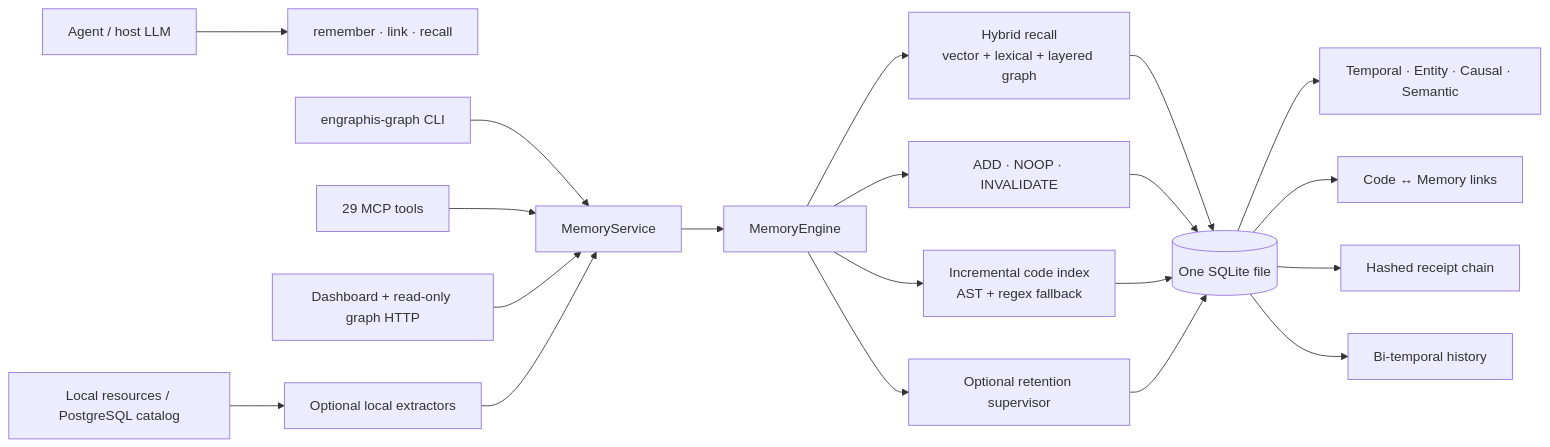
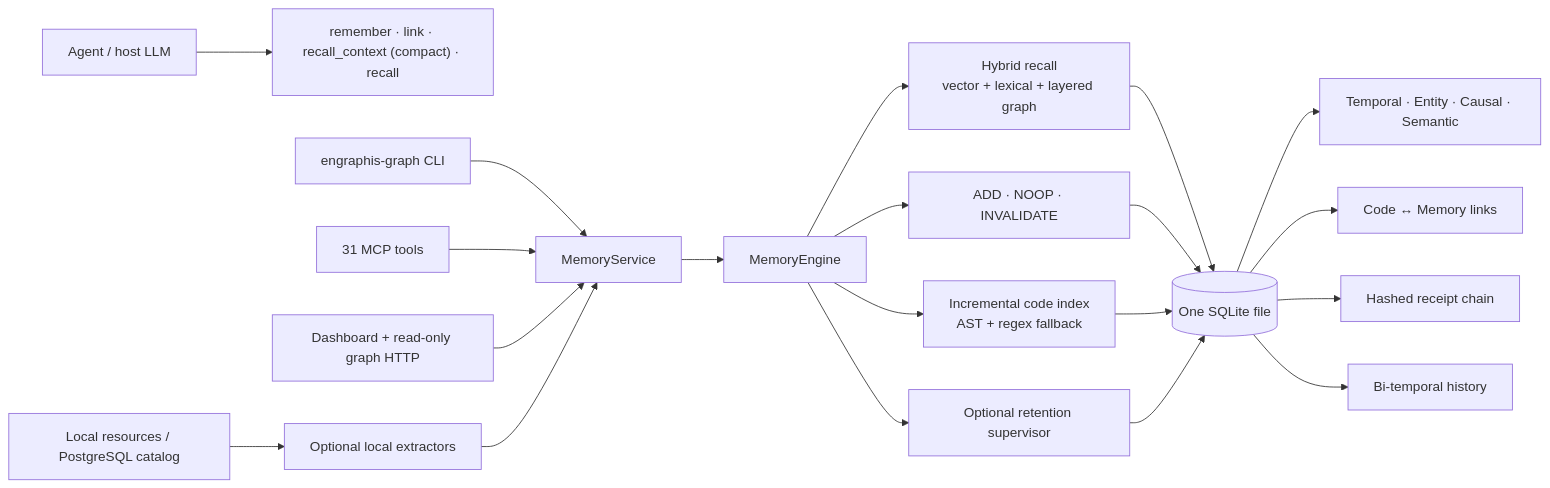
Before and after one commit to LiquidAIty/main: the diagram in engraphis-main/docs/ARCHITECTURE_V3.md, drawn with Mermaid. The commit also changed 321 other files, not shown here.

````diff
--- a/engraphis-main/docs/ARCHITECTURE_V3.md
+++ b/engraphis-main/docs/ARCHITECTURE_V3.md
@@ -6,25 +6,25 @@
 ```mermaid
 flowchart LR
-    Agent["Agent / host LLM"] --> Intent["remember · link · recall"]
+    Agent["Agent / host LLM"] --> Intent["remember · link · recall_context (compact) · recall"]
     CLI["engraphis-graph CLI"] --> Service["MemoryService"]
-    MCP["29 MCP tools"] --> Service
+    MCP["31 MCP tools"] --> Service
     HTTP["Dashboard + read-only graph HTTP"] --> Service
     Import["Local resources / PostgreSQL catalog"] --> Extractors["Optional local extractors"]
     Extractors --> Service
 
     Service --> Engine["MemoryEngine"]
     Engine --> Recall["Hybrid recall\nvector + lexical + layered graph"]
     Engine --> Resolver["ADD · NOOP · INVALIDATE"]
     Engine --> Code["Incremental code index\nAST + regex fallback"]
     Engine --> Retention["Optional retention supervisor"]
 
     Recall --> SQLite[("One SQLite file")]
     Resolver --> SQLite
     Code --> SQLite
     Retention --> SQLite
 
     SQLite --> Layers["Temporal · Entity · Causal · Semantic"]
     SQLite --> Bridge["Code ↔ Memory links"]
     SQLite --> Receipts["Hashed receipt chain"]
     SQLite --> History["Bi-temporal history"]
 ```
````
